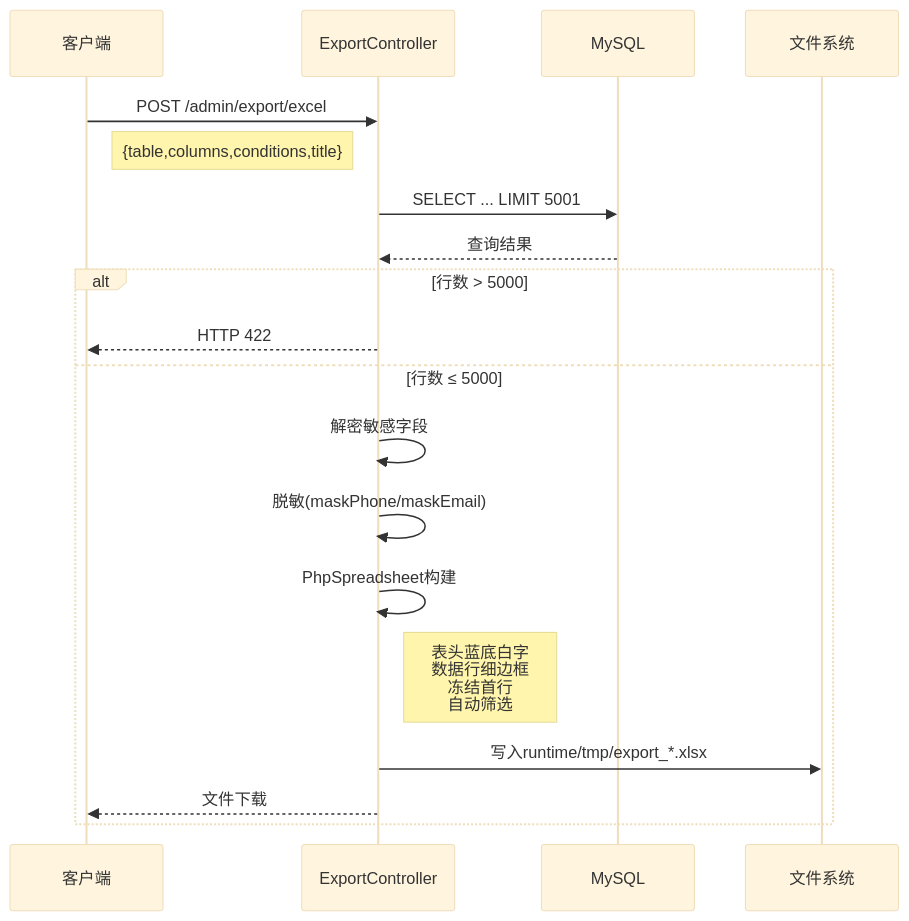
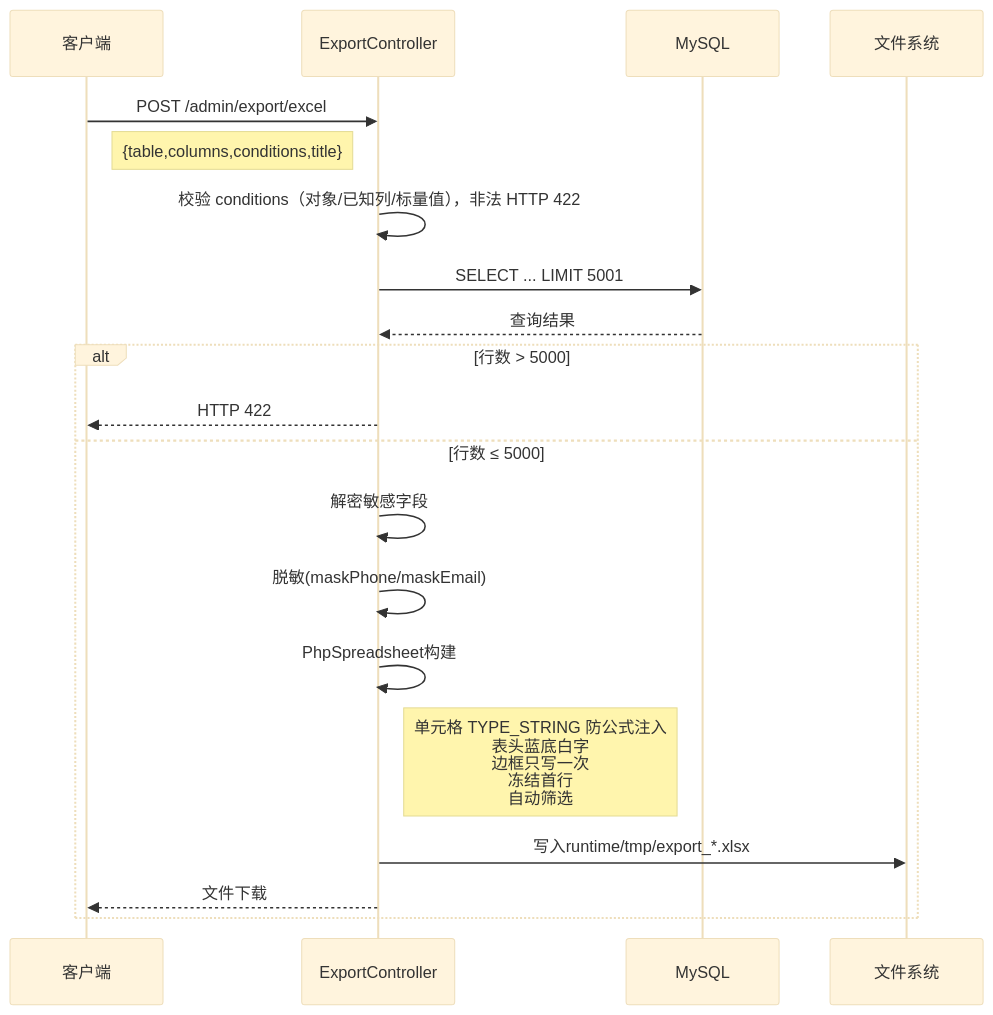
One commit to erikwang2013/open-admin changed the first of 2 diagrams in docs/diagrams/09-export-flow.md. Above: the diagram before and after it, drawn with Mermaid (base theme). The commit also changed 62 other files, not shown here.

````diff
--- a/docs/diagrams/09-export-flow.md
+++ b/docs/diagrams/09-export-flow.md
@@ -5,22 +5,23 @@
 ```mermaid
 sequenceDiagram
     participant C as 客户端
     participant CTL as ExportController
     participant DB as MySQL
     participant FS as 文件系统
 
     C->>CTL: POST /admin/export/excel
     Note right of C: {table,columns,conditions,title}
+    CTL->>CTL: 校验 conditions（对象/已知列/标量值），非法 HTTP 422
     CTL->>DB: SELECT ... LIMIT 5001
     DB-->>CTL: 查询结果
     alt 行数 > 5000
         CTL-->>C: HTTP 422
     else 行数 ≤ 5000
         CTL->>CTL: 解密敏感字段
         CTL->>CTL: 脱敏(maskPhone/maskEmail)
         CTL->>CTL: PhpSpreadsheet构建
-        Note right of CTL: 表头蓝底白字<br/>数据行细边框<br/>冻结首行<br/>自动筛选
+        Note right of CTL: 单元格 TYPE_STRING 防公式注入<br/>表头蓝底白字<br/>边框只写一次<br/>冻结首行<br/>自动筛选
         CTL->>FS: 写入runtime/tmp/export_*.xlsx
         CTL-->>C: 文件下载
     end
 ```
````
